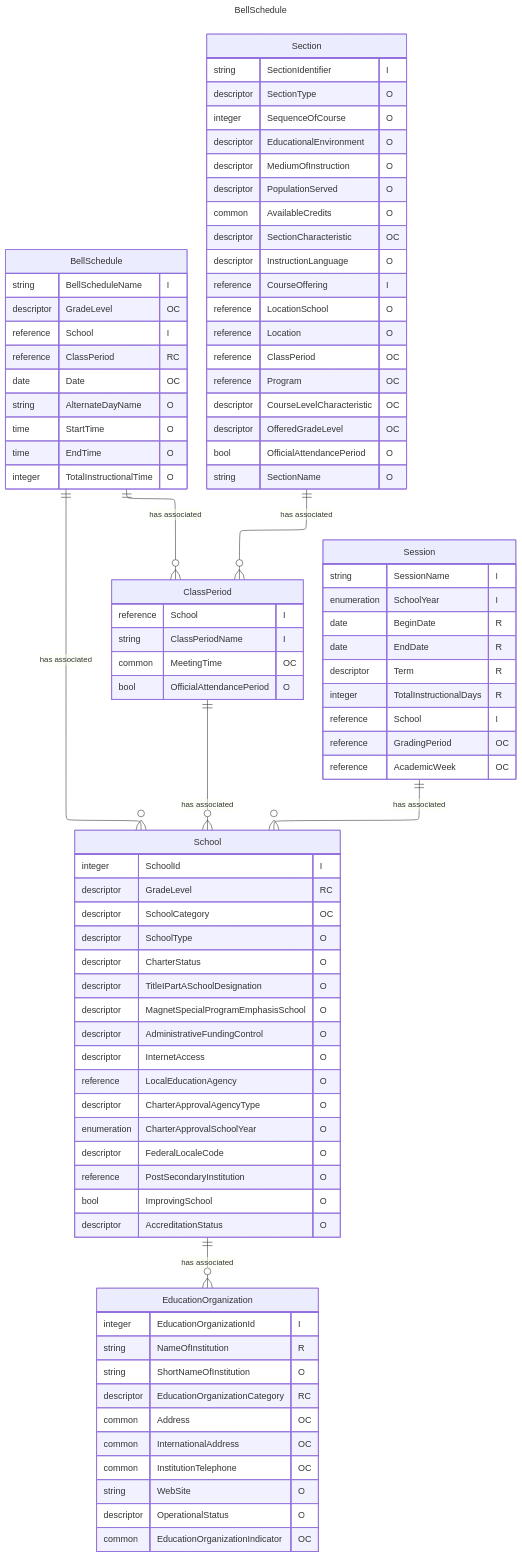
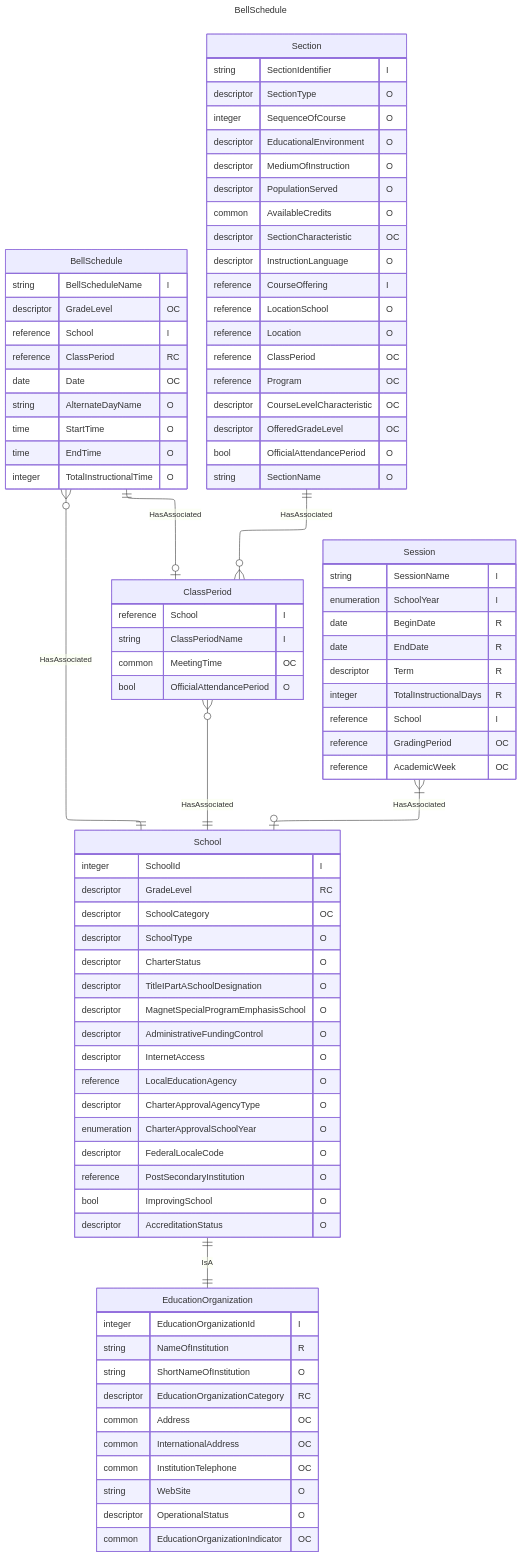
The diagram in Models/Models/BellSchedule.mmd (Ed-Fi-Alliance-OSS/Ed-Fi-Data-Standard), drawn with Mermaid before and after one commit. The commit also changed 2 other files, not shown here.

```diff
--- a/Models/Models/BellSchedule.mmd
+++ b/Models/Models/BellSchedule.mmd
@@ -1,90 +1,90 @@
 ---
 title: BellSchedule
 config:
   layout: elk
 ---
 erDiagram
     BellSchedule {
         string BellScheduleName "I"
         descriptor GradeLevel "OC"
         reference School "I"
         reference ClassPeriod "RC"
         date Date "OC"
         string AlternateDayName "O"
         time StartTime "O"
         time EndTime "O"
         integer TotalInstructionalTime "O"
     }
     ClassPeriod {
         reference School "I"
         string ClassPeriodName "I"
         common MeetingTime "OC"
         bool OfficialAttendancePeriod "O"
     }
     Session {
         string SessionName "I"
         enumeration SchoolYear "I"
         date BeginDate "R"
         date EndDate "R"
         descriptor Term "R"
         integer TotalInstructionalDays "R"
         reference School "I"
         reference GradingPeriod "OC"
         reference AcademicWeek "OC"
     }
     Section {
         string SectionIdentifier "I"
         descriptor SectionType "O"
         integer SequenceOfCourse "O"
         descriptor EducationalEnvironment "O"
         descriptor MediumOfInstruction "O"
         descriptor PopulationServed "O"
         common AvailableCredits "O"
         descriptor SectionCharacteristic "OC"
         descriptor InstructionLanguage "O"
         reference CourseOffering "I"
         reference LocationSchool "O"
         reference Location "O"
         reference ClassPeriod "OC"
         reference Program "OC"
         descriptor CourseLevelCharacteristic "OC"
         descriptor OfferedGradeLevel "OC"
         bool OfficialAttendancePeriod "O"
         string SectionName "O"
     }
     EducationOrganization {
         integer EducationOrganizationId "I"
         string NameOfInstitution "R"
         string ShortNameOfInstitution "O"
         descriptor EducationOrganizationCategory "RC"
         common Address "OC"
         common InternationalAddress "OC"
         common InstitutionTelephone "OC"
         string WebSite "O"
         descriptor OperationalStatus "O"
         common EducationOrganizationIndicator "OC"
     }
     School {
         integer SchoolId "I"
         descriptor GradeLevel "RC"
         descriptor SchoolCategory "OC"
         descriptor SchoolType "O"
         descriptor CharterStatus "O"
         descriptor TitleIPartASchoolDesignation "O"
         descriptor MagnetSpecialProgramEmphasisSchool "O"
         descriptor AdministrativeFundingControl "O"
         descriptor InternetAccess "O"
         reference LocalEducationAgency "O"
         descriptor CharterApprovalAgencyType "O"
         enumeration CharterApprovalSchoolYear "O"
         descriptor FederalLocaleCode "O"
         reference PostSecondaryInstitution "O"
         bool ImprovingSchool "O"
         descriptor AccreditationStatus "O"
     }
-    School ||--o{ EducationOrganization : "has associated"
-    BellSchedule ||--o{ School : "has associated"
-    BellSchedule ||--o{ ClassPeriod : "has associated"
-    ClassPeriod ||--o{ School : "has associated"
-    Session ||--o{ School : "has associated"
-    Section ||--o{ ClassPeriod : "has associated"
+    School ||--|| EducationOrganization : "IsA"
+    BellSchedule }o--|| School : "HasAssociated"
+    BellSchedule ||--o| ClassPeriod : "HasAssociated"
+    ClassPeriod }o--|| School : "HasAssociated"
+    Session }|--o| School : "HasAssociated"
+    Section ||--o{ ClassPeriod : "HasAssociated"
```
